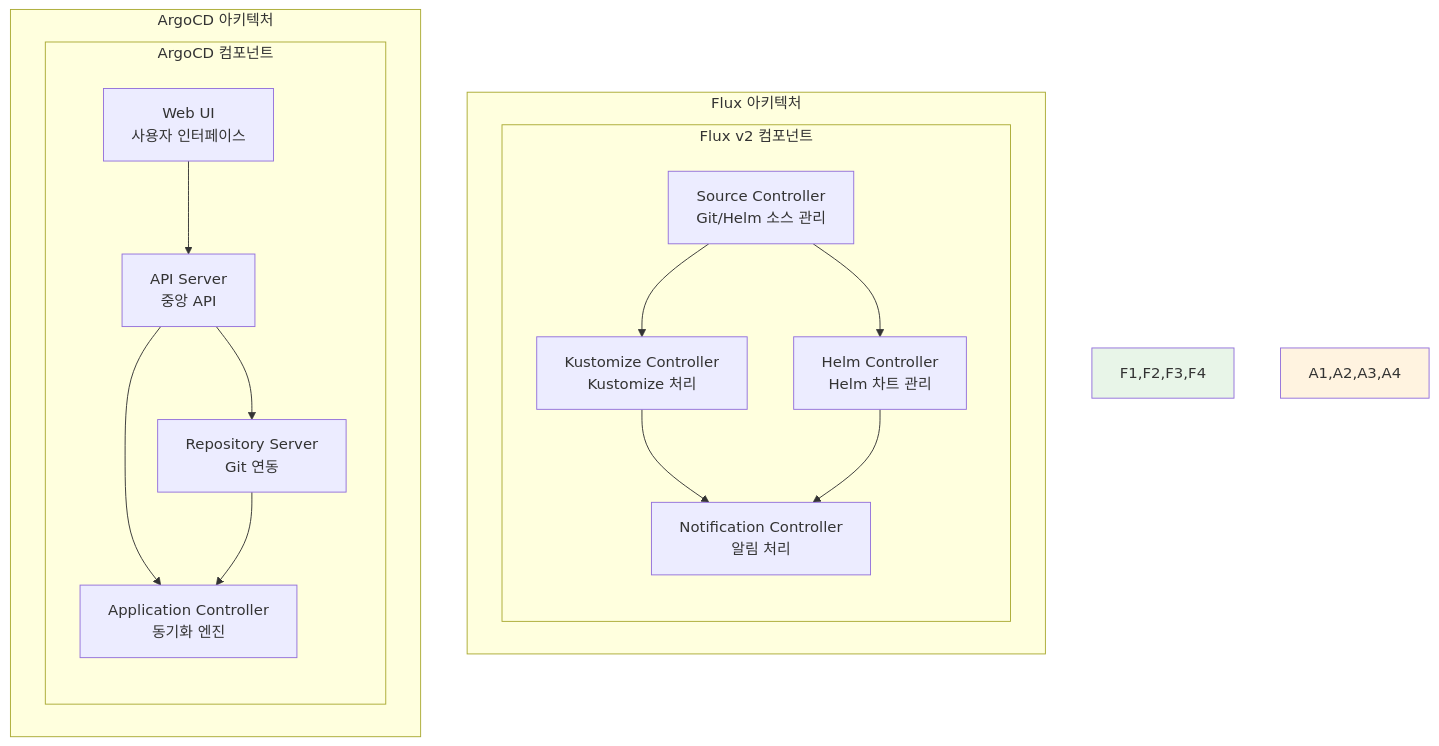
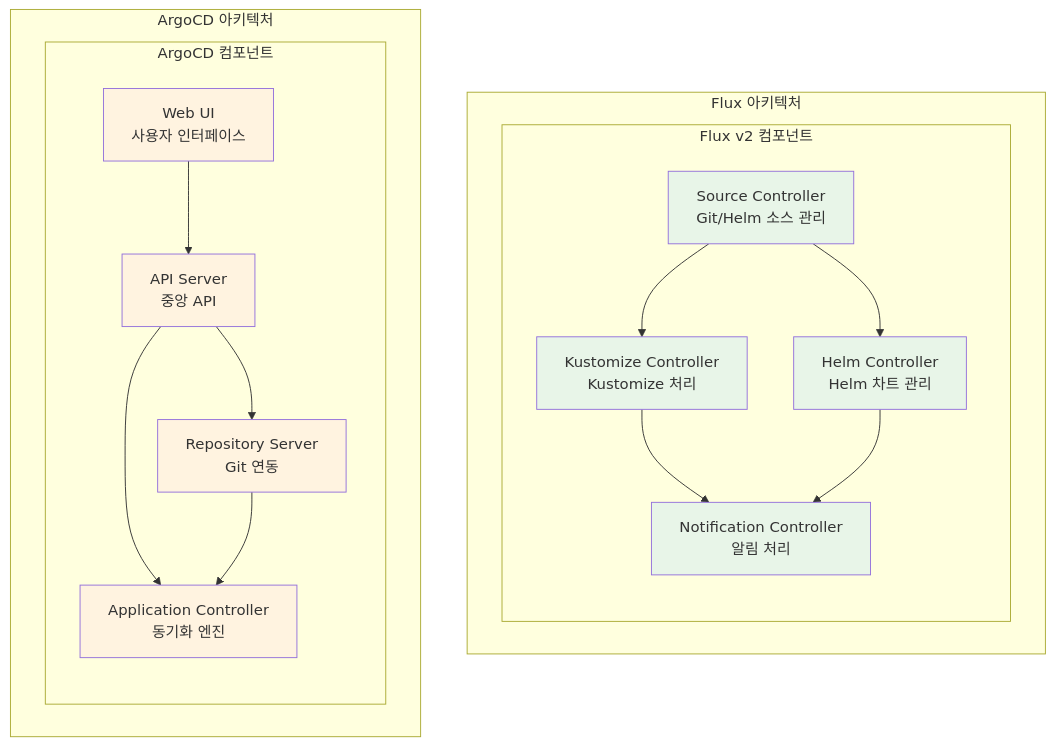
The sixth of 9 diagrams in theory/week_04/day4/session_3.md (niceguy61/kdt_devops_lecture_2025), drawn with Mermaid before and after one commit. The commit also changed other lines of this file and 2 other files, not shown here.

Commit message:
mermaid style change

````diff
--- a/theory/week_04/day4/session_3.md
+++ b/theory/week_04/day4/session_3.md
@@ -285,33 +291,39 @@
 ```mermaid
 graph TB
     subgraph "Flux 아키텍처"
         subgraph "Flux v2 컴포넌트"
             F1[Source Controller<br/>Git/Helm 소스 관리]
             F2[Kustomize Controller<br/>Kustomize 처리]
             F3[Helm Controller<br/>Helm 차트 관리]
             F4[Notification Controller<br/>알림 처리]
         end
         
         F1 --> F2
         F1 --> F3
         F2 --> F4
         F3 --> F4
     end
     
     subgraph "ArgoCD 아키텍처"
         subgraph "ArgoCD 컴포넌트"
             A1[API Server<br/>중앙 API]
             A2[Repository Server<br/>Git 연동]
             A3[Application Controller<br/>동기화 엔진]
             A4[Web UI<br/>사용자 인터페이스]
         end
         
         A4 --> A1
         A1 --> A2
         A1 --> A3
         A2 --> A3
     end
     
-    style F1,F2,F3,F4 fill:#e8f5e8
-    style A1,A2,A3,A4 fill:#fff3e0
+    style F1 fill:#e8f5e8
+    style F2 fill:#e8f5e8
+    style F3 fill:#e8f5e8
+    style F4 fill:#e8f5e8
+    style A1 fill:#fff3e0
+    style A2 fill:#fff3e0
+    style A3 fill:#fff3e0
+    style A4 fill:#fff3e0
 ```
````
